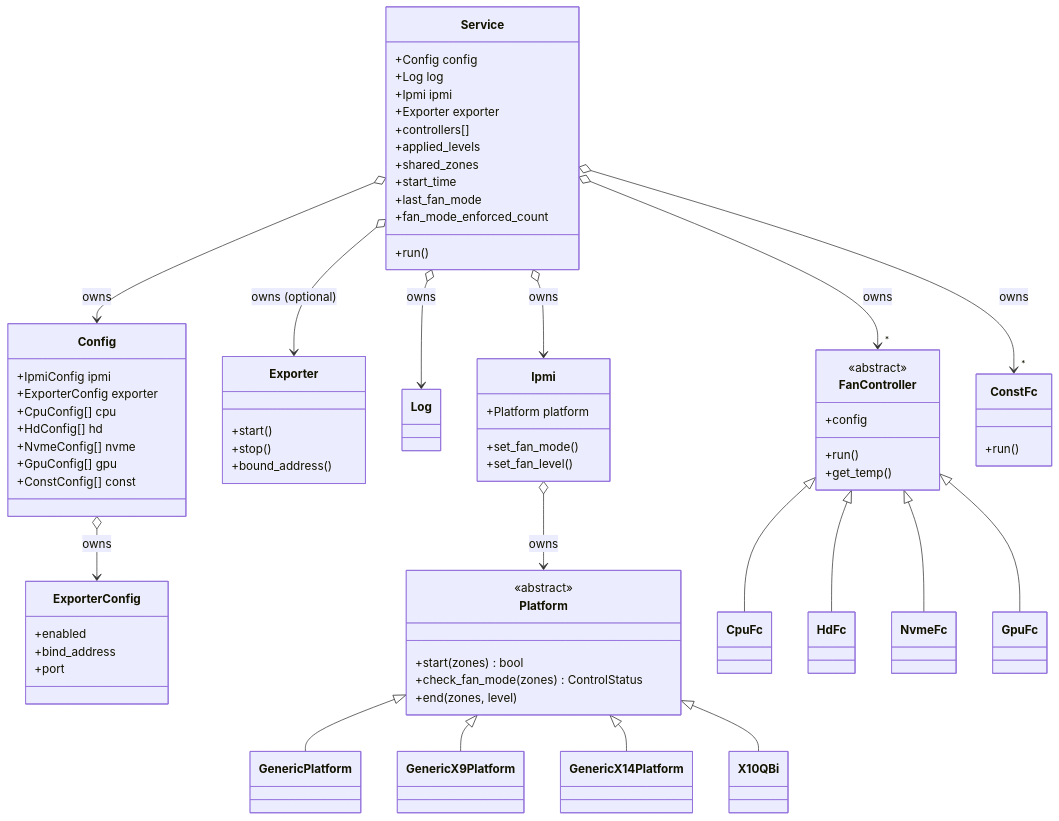
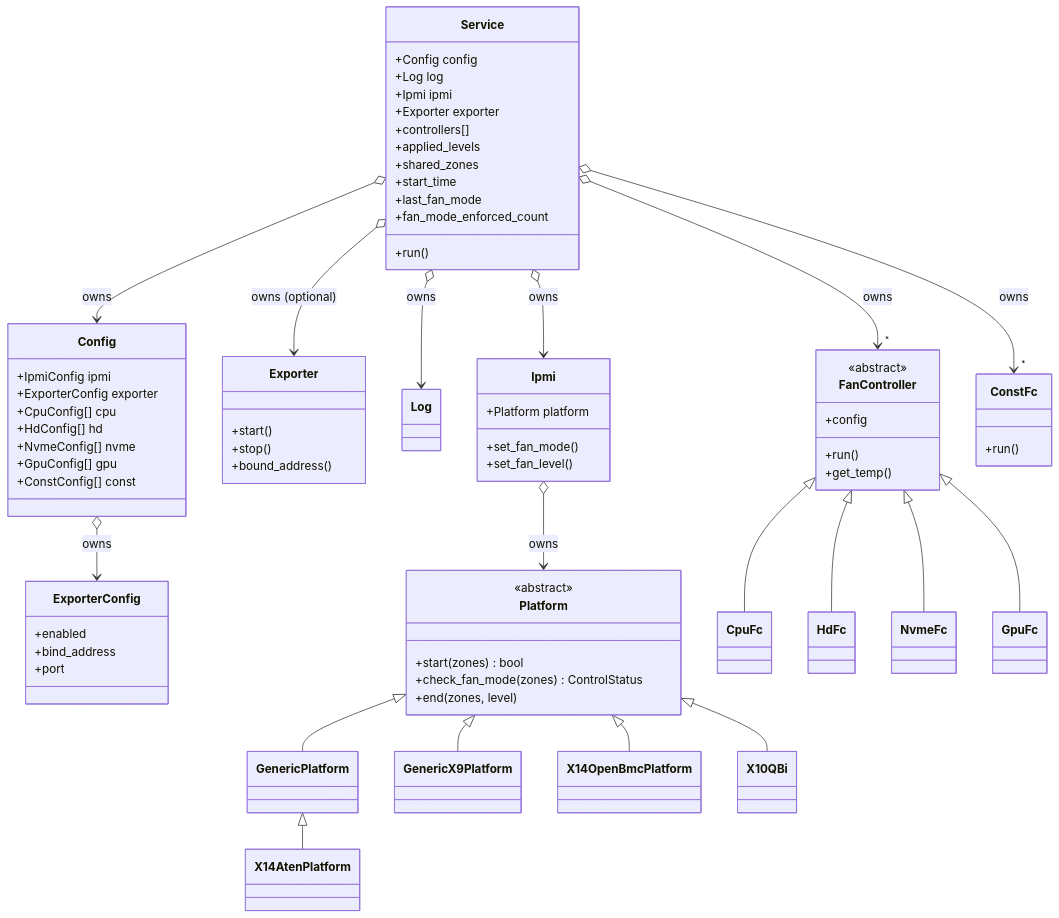
One commit to petersulyok/smfc changed the second of 11 diagrams in ARCHITECTURE.md. Above: the diagram before and after it, drawn with Mermaid. The commit also changed other lines of this file and 23 other files, not shown here.

```diff
--- a/ARCHITECTURE.md
+++ b/ARCHITECTURE.md
@@ -138,7 +138,8 @@
     }
     class GenericPlatform
     class GenericX9Platform
-    class GenericX14Platform
+    class X14OpenBmcPlatform
+    class X14AtenPlatform
     class X10QBi
 
     class FanController {
@@ -165,8 +166,9 @@
     Ipmi o--> Platform             : owns
     Platform <|-- GenericPlatform
     Platform <|-- GenericX9Platform
-    Platform <|-- GenericX14Platform
+    Platform <|-- X14OpenBmcPlatform
     Platform <|-- X10QBi
+    GenericPlatform <|-- X14AtenPlatform
     FanController <|-- CpuFc
     FanController <|-- HdFc
     FanController <|-- NvmeFc
```
